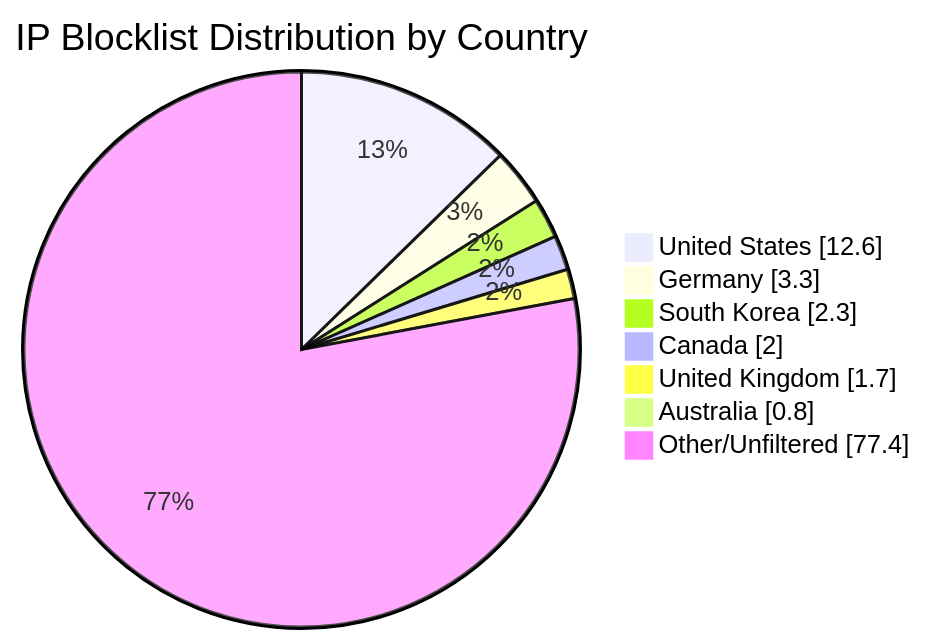
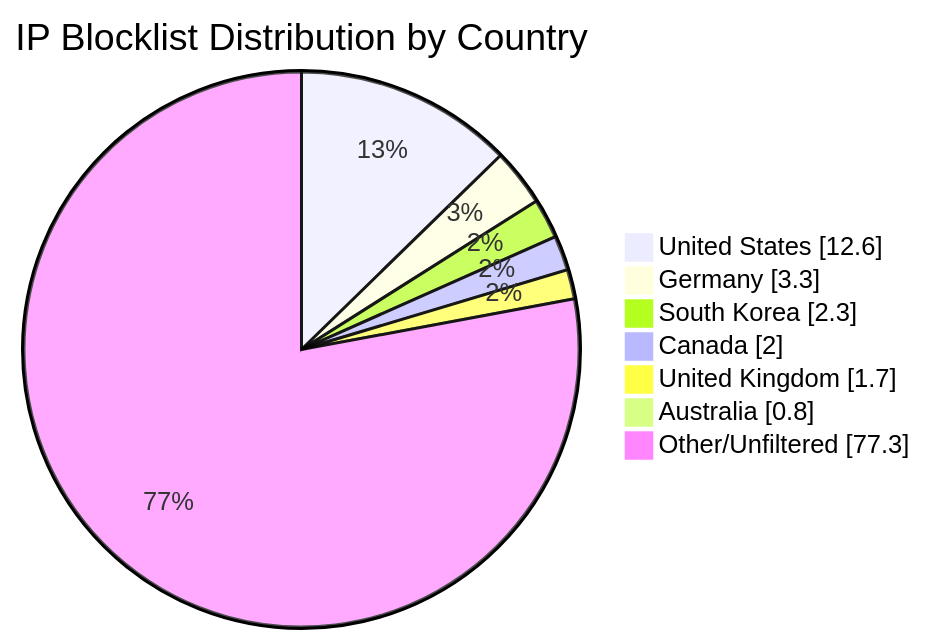
Before and after one commit to MarcusHoltz/ipblocklist-geofiltered-aggregator: the diagram in README.md, drawn with Mermaid. The commit also changed other lines of this file and 9 other files, not shown here.

````diff
--- a/README.md
+++ b/README.md
@@ -34,10 +34,10 @@
 ```mermaid
 pie showData title IP Blocklist Distribution by Country
 "United States" : 12.6
 "Germany" : 3.3
 "South Korea" : 2.3
 "Canada" : 2.0
 "United Kingdom" : 1.7
 "Australia" : 0.8
-"Other/Unfiltered" : 77.4
+"Other/Unfiltered" : 77.3
 ```
````
